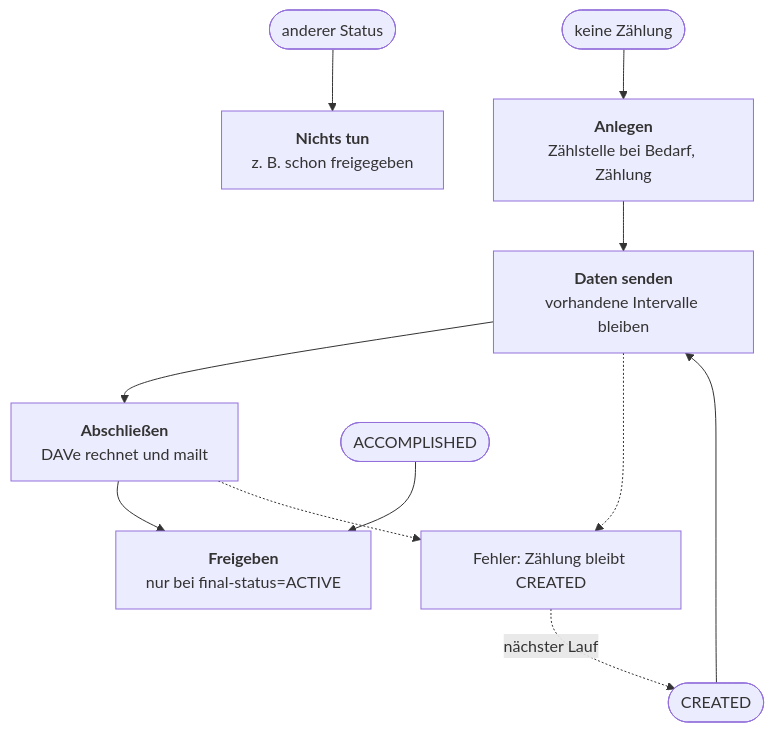
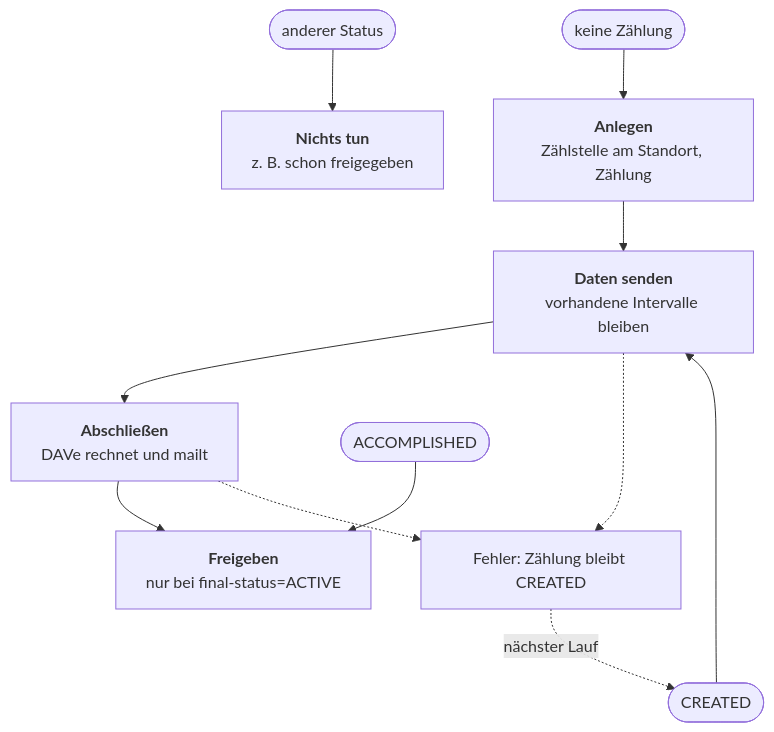
Before and after one commit to starwit/cronist-dave-adapter: the second of 2 diagrams in docs/Cronist-DAVe-Adapter.md, drawn with Mermaid. The commit also changed other lines of this file and 15 other files, not shown here.

````diff
--- a/docs/Cronist-DAVe-Adapter.md
+++ b/docs/Cronist-DAVe-Adapter.md
@@ -38,14 +43,14 @@
 ```mermaid
 flowchart TD
     other(["anderer Status"]) --> nothing["<b>Nichts tun</b><br/>z. B. schon freigegeben"]
-    none(["keine Zählung"]) --> create["<b>Anlegen</b><br/>Zählstelle bei Bedarf, Zählung"]
+    none(["keine Zählung"]) --> create["<b>Anlegen</b><br/>Zählstelle am Standort, Zählung"]
     create --> send["<b>Daten senden</b><br/>vorhandene Intervalle bleiben"]
     created(["CREATED"]) --> send
     send --> finish["<b>Abschließen</b><br/>DAVe rechnet und mailt"]
     finish --> release["<b>Freigeben</b><br/>nur bei final-status=ACTIVE"]
     accomplished(["ACCOMPLISHED"]) --> release
 
     send -.-> failed["Fehler: Zählung bleibt CREATED"]
     finish -.-> failed
     failed -. "nächster Lauf" .-> created
 ```
````
